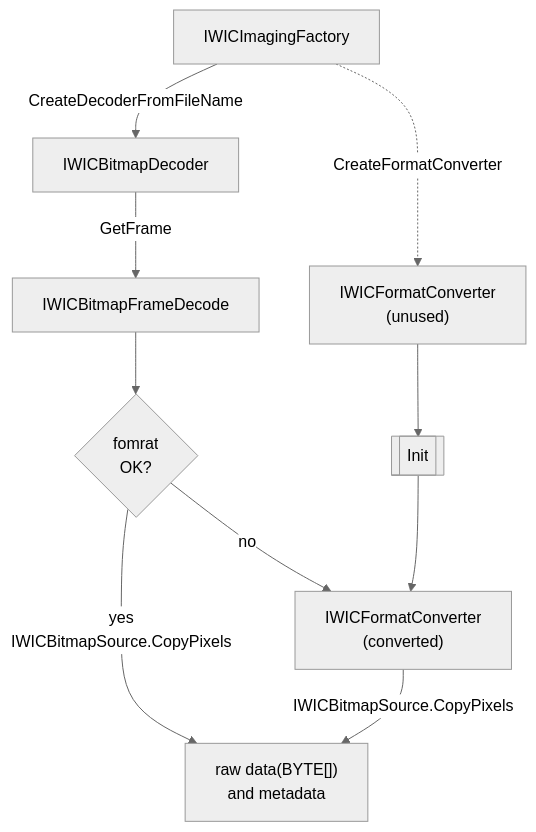
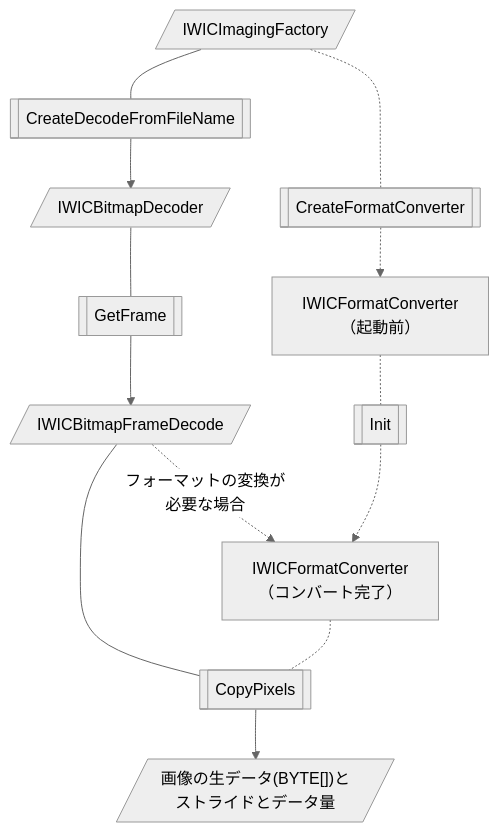
The second of 5 diagrams in README.md (t3HyperParallel/ReportGPGPU), drawn with Mermaid (neutral theme) before and after one commit. The commit also changed other lines of this file, not shown here.

````diff
--- a/README.md
+++ b/README.md
@@ -37,12 +37,16 @@
 ```mermaid
-flowchart TD
-  IWICImagingFactory-->|CreateDecoderFromFileName|IWICBitmapDecoder
-  IWICBitmapDecoder-->|GetFrame|IWICBitmapFrameDecode
-  IWICBitmapFrameDecode-->checkFormat{"fomrat<br/>OK?"}
-  checkFormat-->|yes<br/>IWICBitmapSource.CopyPixels|middle
-  IWICImagingFactory-.->|CreateFormatConverter|unusedIWICFormatConverter["IWICFormatConverter<br/>(unused)"]
-  unusedIWICFormatConverter-->IWICFormatConverter.Init[["Init"]]
-  IWICFormatConverter.Init-->convertedIWICFormatConverter["IWICFormatConverter<br/>(converted)"]
-  checkFormat-->|no|convertedIWICFormatConverter
-  convertedIWICFormatConverter-->|IWICBitmapSource.CopyPixels|middle["raw data(BYTE[])<br/>and metadata"]
+graph TD
+  IWICImagingFactory[/"IWICImagingFactory"/]---IWICImagingFactory.CreateDecoderFromFileName[["CreateDecodeFromFileName"]]
+  IWICImagingFactory.CreateDecoderFromFileName-->IWICBitmapDecoder[/"IWICBitmapDecoder"/]
+  IWICBitmapDecoder---IWICBitmapDecoder.GetFrame[["GetFrame"]]
+  IWICBitmapDecoder.GetFrame-->IWICBitmapFrameDecode[/"IWICBitmapFrameDecode"/]
+  IWICBitmapFrameDecode---IWICBitmapSource.CopyPixels[["CopyPixels"]]
+  IWICBitmapSource.CopyPixels-->rawAndMetaData[/"画像の生データ(BYTE[])とストライドとデータ量"/]
+  
+  IWICImagingFactory-.-IWICImagingFactory.CreateFormatConverter[["CreateFormatConverter"]]
+  IWICImagingFactory.CreateFormatConverter-.->unusedIWICFormatConverter["IWICFormatConverter<br/>（起動前）"]
+  unusedIWICFormatConverter-.-IWICFormatConverter.Init[["Init"]]
+  IWICBitmapFrameDecode-.->|フォーマットの変換が<br/>必要な場合|convertedIWICFormatConverter
+  IWICFormatConverter.Init-.->convertedIWICFormatConverter["IWICFormatConverter<br/>（コンバート完了）"]
+  convertedIWICFormatConverter-.-IWICBitmapSource.CopyPixels
 ```
````
